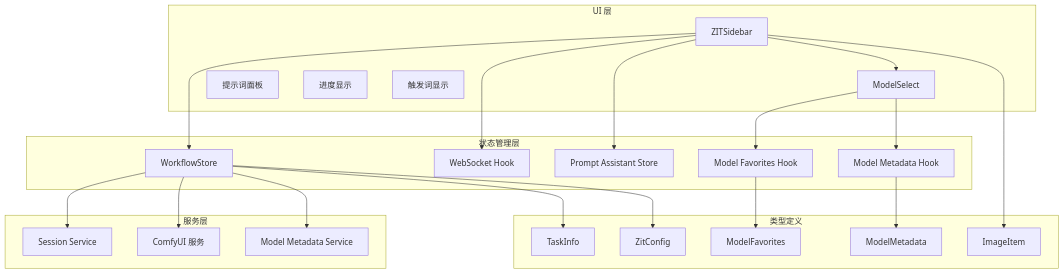
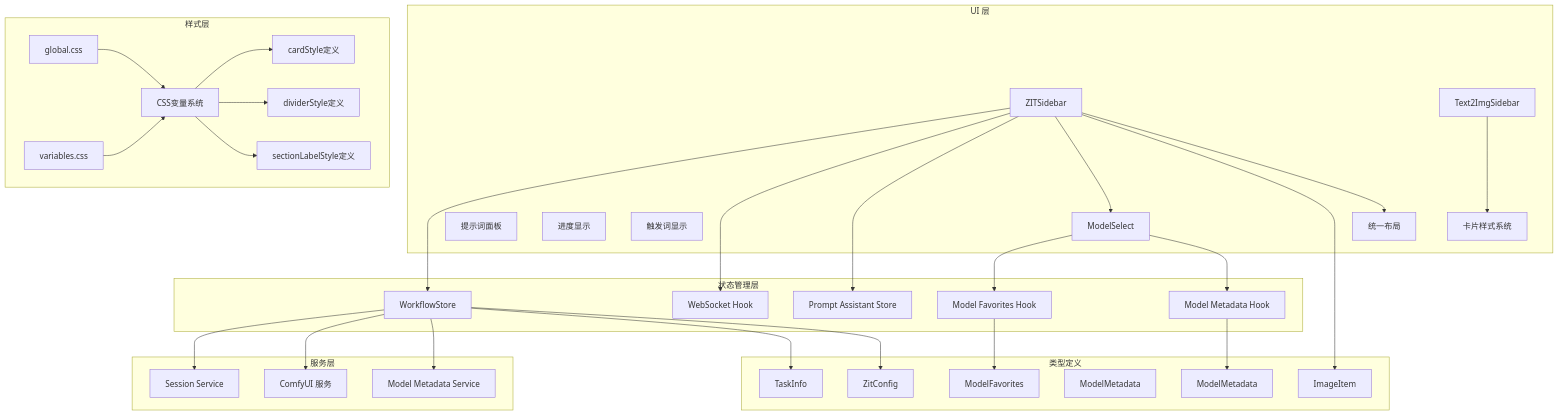
The eighth of 10 diagrams in .qoder/repowiki/zh/content/用户界面组件/控制面板组件/ZIT快出侧边栏.md (billye220670/CorineKit_Pix2Real), drawn with Mermaid before and after one commit. The commit also changed other lines of this file and 10 other files, not shown here.

Commit message:
feat: LoRA触发词右键上下文菜单与未使用检测 - 新增PromptContextMenu多层级右键菜单组件 - 移除侧边栏LoRA触发词文本显示，改为未使用时黄色警告图标 - 提示词输入框右键弹出菜单，支持插入LoRA触发词和标签分类数据 - Text2ImgSidebar和ZITSidebar同步更新

````diff
--- a/.qoder/repowiki/zh/content/用户界面组件/控制面板组件/ZIT快出侧边栏.md
+++ b/.qoder/repowiki/zh/content/用户界面组件/控制面板组件/ZIT快出侧边栏.md
@@ -381,43 +440,62 @@
 ```mermaid
 graph TB
 subgraph "UI 层"
 A[ZITSidebar]
 B[ModelSelect]
 C[提示词面板]
 D[进度显示]
 E[触发词显示]
+F[Text2ImgSidebar]
+G[卡片样式系统]
+H[统一布局]
 end
 subgraph "状态管理层"
-F[WorkflowStore]
-G[WebSocket Hook]
-H[Prompt Assistant Store]
-I[Model Favorites Hook]
-J[Model Metadata Hook]
+I[WorkflowStore]
+J[WebSocket Hook]
+K[Prompt Assistant Store]
+L[Model Favorites Hook]
+M[Model Metadata Hook]
 end
 subgraph "服务层"
-K[Session Service]
-L[ComfyUI 服务]
-M[Model Metadata Service]
+N[Session Service]
+O[ComfyUI 服务]
+P[Model Metadata Service]
+end
+subgraph "样式层"
+Q[global.css]
+R[variables.css]
+S[CSS变量系统]
+T[cardStyle定义]
+U[dividerStyle定义]
+V[sectionLabelStyle定义]
 end
 subgraph "类型定义"
-N[ImageItem]
-O[TaskInfo]
-P[ZitConfig]
-Q[ModelMetadata]
-R[ModelFavorites]
+W[ImageItem]
+X[TaskInfo]
+Y[ZitConfig]
+Z[ModelMetadata]
+AA[ModelFavorites]
+AB[ModelMetadata]
 end
-A --> F
-A --> G
+A --> I
+A --> J
+A --> K
+A --> B
+B --> L
+B --> M
+I --> N
+I --> O
+I --> P
+A --> W
+I --> X
+I --> Y
+L --> AA
+M --> AB
+F --> G
 A --> H
-A --> B
-B --> I
-B --> J
-F --> K
-F --> L
-F --> M
-A --> N
-F --> O
-F --> P
-I --> R
-J --> Q
+Q --> S
+R --> S
+S --> T
+S --> U
+S --> V
 ```
````
